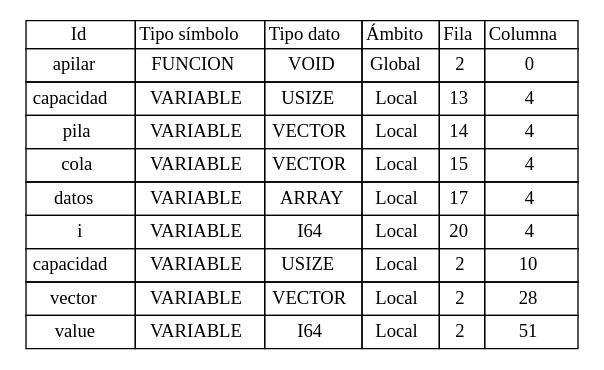
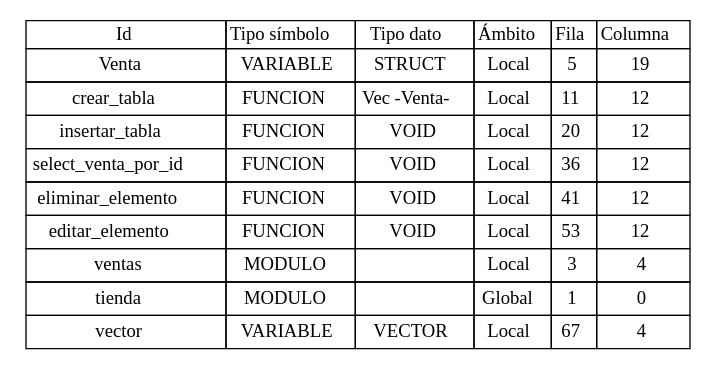
One commit to Jodyannre/COMPI2_proyecto2_2022 changed the diagram in Back/Web/tablas/tablaSimbolos.dot. Above: the diagram before and after it, drawn with Graphviz. The commit also changed 25 other files, not shown here.

```diff
--- a/Back/Web/tablas/tablaSimbolos.dot
+++ b/Back/Web/tablas/tablaSimbolos.dot
@@ -1,180 +1,180 @@
 
 	digraph {
 		tablaSimbolos [
 		  shape=plaintext
 		  label=<
 			<table border='0' cellborder='1' color='black' cellspacing='0'>
 			  <tr>
 				  <td>Id</td>
 				  <td>Tipo símbolo</td>
 				  <td>Tipo dato</td>
 				  <td>Ámbito</td>
 				  <td>Fila</td>
 				  <td>Columna</td>
 			  </tr>
 	
 <tr>
 <td cellpadding='4'>
-apilar
+Venta
+</td>
+<td cellpadding='4'>VARIABLE
+</td>
+<td cellpadding='4'>STRUCT
+</td>
+<td cellpadding='4'>Local
+</td>
+<td cellpadding='4'>
+5
+</td>
+<td cellpadding='4'>
+19
+</td>
+</tr>
+
+<tr>
+<td cellpadding='4'>
+crear_tabla
+</td>
+<td cellpadding='4'>FUNCION
+</td>
+<td cellpadding='4'>Vec -Venta-
+</td>
+<td cellpadding='4'>Local
+</td>
+<td cellpadding='4'>
+11
+</td>
+<td cellpadding='4'>
+12
+</td>
+</tr>
+
+<tr>
+<td cellpadding='4'>
+insertar_tabla
 </td>
 <td cellpadding='4'>FUNCION
 </td>
 <td cellpadding='4'>VOID
 </td>
-<td cellpadding='4'>Global
+<td cellpadding='4'>Local
 </td>
 <td cellpadding='4'>
-2
+20
 </td>
 <td cellpadding='4'>
-0
+12
 </td>
 </tr>
 
 <tr>
 <td cellpadding='4'>
-capacidad
+select_venta_por_id
 </td>
-<td cellpadding='4'>VARIABLE
+<td cellpadding='4'>FUNCION
 </td>
-<td cellpadding='4'>USIZE
+<td cellpadding='4'>VOID
 </td>
 <td cellpadding='4'>Local
 </td>
 <td cellpadding='4'>
-13
+36
+</td>
+<td cellpadding='4'>
+12
+</td>
+</tr>
+
+<tr>
+<td cellpadding='4'>
+eliminar_elemento
+</td>
+<td cellpadding='4'>FUNCION
+</td>
+<td cellpadding='4'>VOID
+</td>
+<td cellpadding='4'>Local
+</td>
+<td cellpadding='4'>
+41
+</td>
+<td cellpadding='4'>
+12
+</td>
+</tr>
+
+<tr>
+<td cellpadding='4'>
+editar_elemento
+</td>
+<td cellpadding='4'>FUNCION
+</td>
+<td cellpadding='4'>VOID
+</td>
+<td cellpadding='4'>Local
+</td>
+<td cellpadding='4'>
+53
+</td>
+<td cellpadding='4'>
+12
+</td>
+</tr>
+
+<tr>
+<td cellpadding='4'>
+ventas
+</td>
+<td cellpadding='4'>MODULO
+</td>
+<td cellpadding='4'>
+</td>
+<td cellpadding='4'>Local
+</td>
+<td cellpadding='4'>
+3
 </td>
 <td cellpadding='4'>
 4
 </td>
 </tr>
 
 <tr>
 <td cellpadding='4'>
-pila
+tienda
 </td>
-<td cellpadding='4'>VARIABLE
-</td>
-<td cellpadding='4'>VECTOR
-</td>
-<td cellpadding='4'>Local
+<td cellpadding='4'>MODULO
 </td>
 <td cellpadding='4'>
-14
+</td>
+<td cellpadding='4'>Global
 </td>
 <td cellpadding='4'>
-4
-</td>
-</tr>
-
-<tr>
-<td cellpadding='4'>
-cola
-</td>
-<td cellpadding='4'>VARIABLE
-</td>
-<td cellpadding='4'>VECTOR
-</td>
-<td cellpadding='4'>Local
+1
 </td>
 <td cellpadding='4'>
-15
-</td>
-<td cellpadding='4'>
-4
-</td>
-</tr>
-
-<tr>
-<td cellpadding='4'>
-datos
-</td>
-<td cellpadding='4'>VARIABLE
-</td>
-<td cellpadding='4'>ARRAY
-</td>
-<td cellpadding='4'>Local
-</td>
-<td cellpadding='4'>
-17
-</td>
-<td cellpadding='4'>
-4
-</td>
-</tr>
-
-<tr>
-<td cellpadding='4'>
-i
-</td>
-<td cellpadding='4'>VARIABLE
-</td>
-<td cellpadding='4'>I64
-</td>
-<td cellpadding='4'>Local
-</td>
-<td cellpadding='4'>
-20
-</td>
-<td cellpadding='4'>
-4
-</td>
-</tr>
-
-<tr>
-<td cellpadding='4'>
-capacidad
-</td>
-<td cellpadding='4'>VARIABLE
-</td>
-<td cellpadding='4'>USIZE
-</td>
-<td cellpadding='4'>Local
-</td>
-<td cellpadding='4'>
-2
-</td>
-<td cellpadding='4'>
-10
+0
 </td>
 </tr>
 
 <tr>
 <td cellpadding='4'>
 vector
 </td>
 <td cellpadding='4'>VARIABLE
 </td>
 <td cellpadding='4'>VECTOR
 </td>
 <td cellpadding='4'>Local
 </td>
 <td cellpadding='4'>
-2
+67
 </td>
 <td cellpadding='4'>
-28
-</td>
-</tr>
-
-<tr>
-<td cellpadding='4'>
-value
-</td>
-<td cellpadding='4'>VARIABLE
-</td>
-<td cellpadding='4'>I64
-</td>
-<td cellpadding='4'>Local
-</td>
-<td cellpadding='4'>
-2
-</td>
-<td cellpadding='4'>
-51
+4
 </td>
 </tr>
 
 		</table>
 		>];
 	}
```
